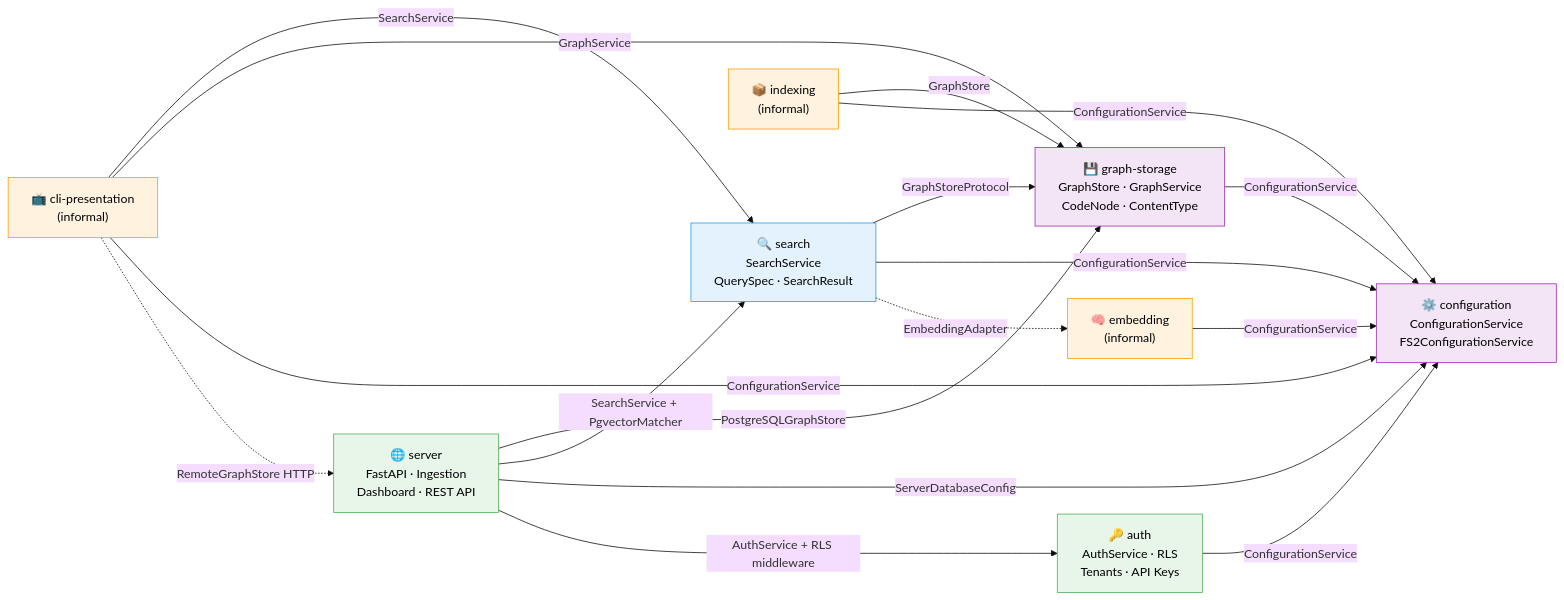
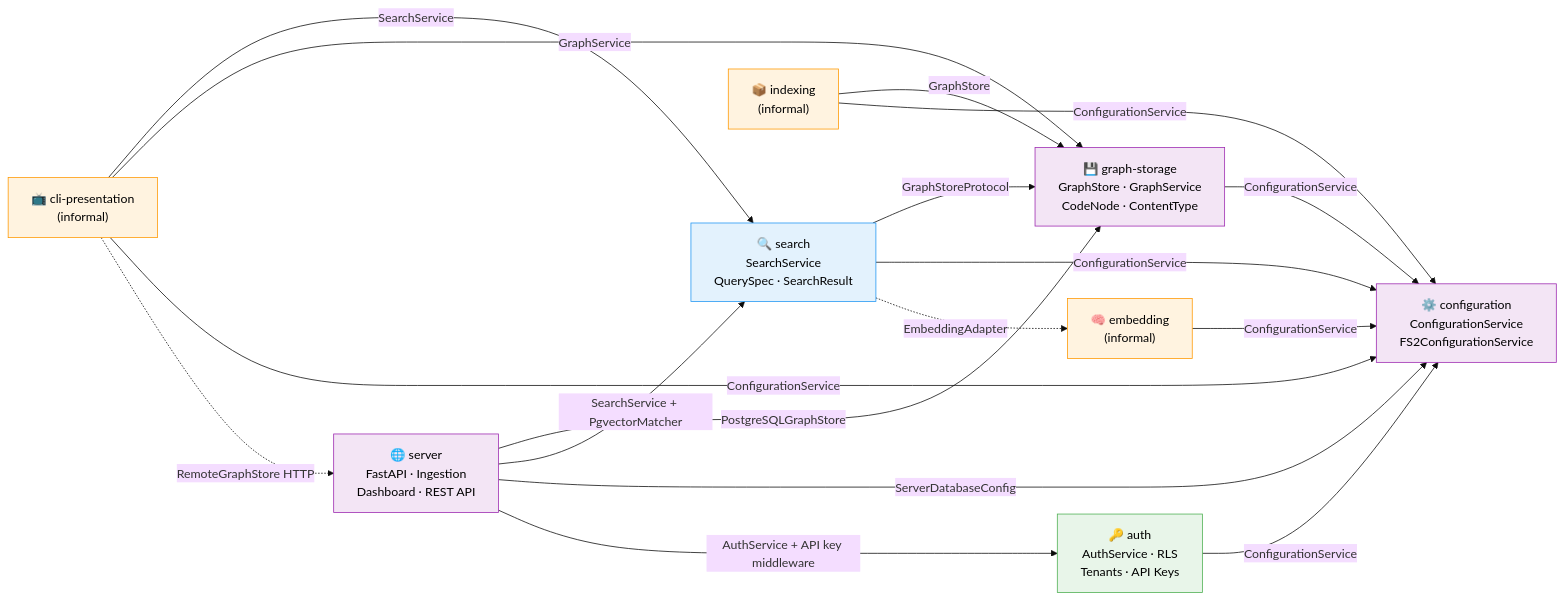
The diagram in docs/domains/domain-map.md (AI-Substrate/flow_squared), drawn with Mermaid (base theme) before and after one commit. The commit also changed other lines of this file and 12 other files, not shown here.

````diff
--- a/docs/domains/domain-map.md
+++ b/docs/domains/domain-map.md
@@ -6,43 +6,43 @@
 ```mermaid
 flowchart LR
     classDef business fill:#E3F2FD,stroke:#2196F3,color:#000
     classDef infra fill:#F3E5F5,stroke:#9C27B0,color:#000
     classDef new fill:#FFF3E0,stroke:#FF9800,color:#000
     classDef planned fill:#E8F5E9,stroke:#4CAF50,color:#000
 
     %% Infrastructure domains
     config["⚙️ configuration\nConfigurationService\nFS2ConfigurationService"]:::infra
     graphstore["💾 graph-storage\nGraphStore · GraphService\nCodeNode · ContentType"]:::infra
 
     %% Business domains
     search["🔍 search\nSearchService\nQuerySpec · SearchResult"]:::business
 
     %% NEW planned domains (028-server-mode)
-    server["🌐 server\nFastAPI · Ingestion\nDashboard · REST API"]:::planned
+    server["🌐 server\nFastAPI · Ingestion\nDashboard · REST API"]:::infra
     auth["🔑 auth\nAuthService · RLS\nTenants · API Keys"]:::planned
 
     %% Informal domains (not yet extracted)
     cli["📺 cli-presentation\n(informal)"]:::new
     indexing["📦 indexing\n(informal)"]:::new
     embedding["🧠 embedding\n(informal)"]:::new
 
     %% Contract dependencies (existing)
     search -->|GraphStoreProtocol| graphstore
     search -->|ConfigurationService| config
     search -.->|EmbeddingAdapter| embedding
     graphstore -->|ConfigurationService| config
     cli -->|SearchService| search
     cli -->|GraphService| graphstore
     cli -->|ConfigurationService| config
     indexing -->|GraphStore| graphstore
     indexing -->|ConfigurationService| config
     embedding -->|ConfigurationService| config
 
     %% NEW dependencies (028-server-mode)
     server -->|PostgreSQLGraphStore| graphstore
     server -->|SearchService + PgvectorMatcher| search
     server -->|ServerDatabaseConfig| config
-    server -->|AuthService + RLS middleware| auth
+    server -->|AuthService + API key middleware| auth
     auth -->|ConfigurationService| config
     cli -.->|RemoteGraphStore HTTP| server
 ```
````
